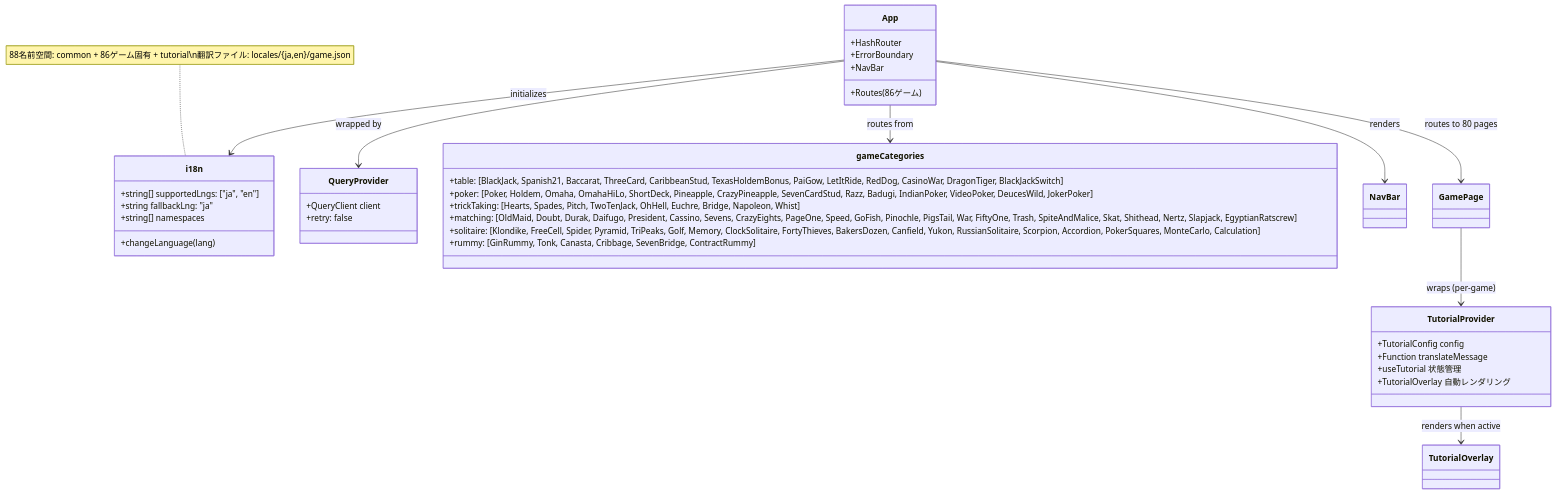
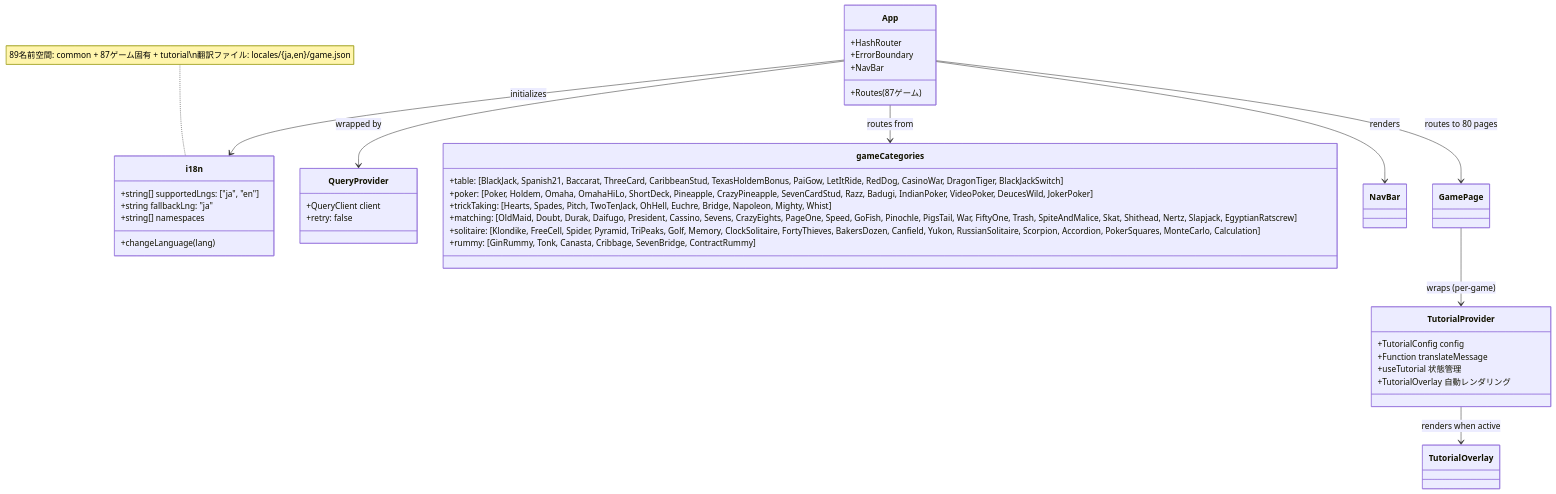
One commit to yuta-yoshinaga/go_trumpcards changed the ninth of 42 diagrams in docs/design/frontend.md. Above: the diagram before and after it, drawn with Mermaid. The commit also changed other lines of this file and 6 other files, not shown here.

First line of the commit message:
docs(mighty): add docs, OpenAPI schema, UML, game-count bumps

````diff
--- a/docs/design/frontend.md
+++ b/docs/design/frontend.md
@@ -1882,47 +1912,47 @@
 ```mermaid
 classDiagram
     class i18n {
         +string[] supportedLngs: ["ja", "en"]
         +string fallbackLng: "ja"
         +string[] namespaces
         +changeLanguage(lang)
     }
 
     class QueryProvider {
         +QueryClient client
         +retry: false
     }
 
     class App {
         +HashRouter
         +ErrorBoundary
         +NavBar
-        +Routes (86ゲーム)
+        +Routes (87ゲーム)
     }
 
     class gameCategories {
         +table: [BlackJack, Spanish21, Baccarat, ThreeCard, CaribbeanStud, TexasHoldemBonus, PaiGow, LetItRide, RedDog, CasinoWar, DragonTiger, BlackJackSwitch]
         +poker: [Poker, Holdem, Omaha, OmahaHiLo, ShortDeck, Pineapple, CrazyPineapple, SevenCardStud, Razz, Badugi, IndianPoker, VideoPoker, DeucesWild, JokerPoker]
-        +trickTaking: [Hearts, Spades, Pitch, TwoTenJack, OhHell, Euchre, Bridge, Napoleon, Whist]
+        +trickTaking: [Hearts, Spades, Pitch, TwoTenJack, OhHell, Euchre, Bridge, Napoleon, Mighty, Whist]
         +matching: [OldMaid, Doubt, Durak, Daifugo, President, Cassino, Sevens, CrazyEights, PageOne, Speed, GoFish, Pinochle, PigsTail, War, FiftyOne, Trash, SpiteAndMalice, Skat, Shithead, Nertz, Slapjack, EgyptianRatscrew]
         +solitaire: [Klondike, FreeCell, Spider, Pyramid, TriPeaks, Golf, Memory, ClockSolitaire, FortyThieves, BakersDozen, Canfield, Yukon, RussianSolitaire, Scorpion, Accordion, PokerSquares, MonteCarlo, Calculation]
         +rummy: [GinRummy, Tonk, Canasta, Cribbage, SevenBridge, ContractRummy]
     }
 
     class TutorialProvider {
         +TutorialConfig config
         +Function translateMessage
         +useTutorial 状態管理
         +TutorialOverlay 自動レンダリング
     }
 
     App --> QueryProvider : wrapped by
     App --> i18n : initializes
     App --> gameCategories : routes from
     App --> NavBar : renders
     App --> GamePage : routes to 80 pages
     GamePage --> TutorialProvider : wraps (per-game)
     TutorialProvider --> TutorialOverlay : renders when active
 
-    note for i18n "88名前空間: common + 86ゲーム固有 + tutorial\n翻訳ファイル: locales/{ja,en}/game.json"
+    note for i18n "89名前空間: common + 87ゲーム固有 + tutorial\n翻訳ファイル: locales/{ja,en}/game.json"
 ```
````
